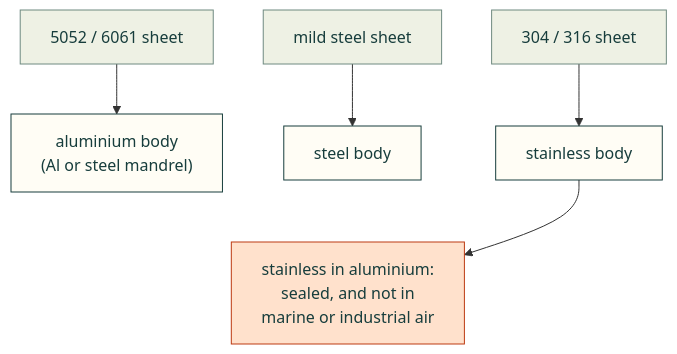
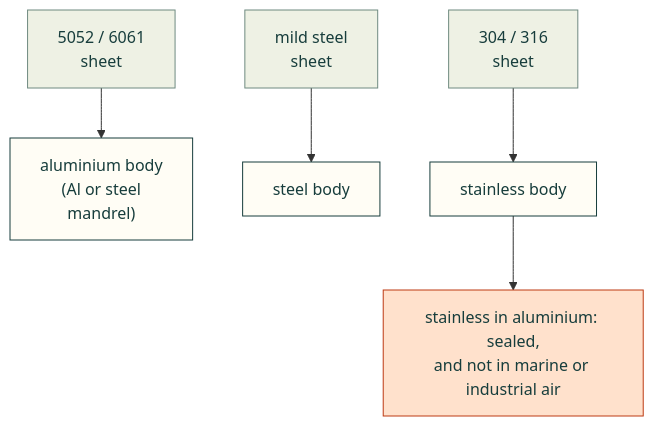
The eighth of 8 diagrams in research/sheet-metal-joining.md (Valpatel/cad-agent), drawn with Mermaid before and after one commit. The commit also changed other lines of this file and 2 other files, not shown here.

First line of the commit message:
Research pages: diagrams fit the 1100 px column; second-review fixes

````diff
--- a/research/sheet-metal-joining.md
+++ b/research/sheet-metal-joining.md
@@ -453,14 +456,13 @@
 ```mermaid
 flowchart TD
-    A["5052 / 6061 sheet"] --> AR["aluminium body<br/>(Al or steel mandrel)"]
-    S["mild steel sheet"] --> SR["steel body"]
-    X["304 / 316 sheet"] --> XR["stainless body"]
-    AR ~~~ W["stainless in aluminium:<br/>sealed, and not in<br/>marine or industrial air"]
-    XR --> W
+    A["5052 / 6061<br/>sheet"] --> AR["aluminium body<br/>(Al or steel<br/>mandrel)"]
+    S["mild steel<br/>sheet"] --> SR["steel body"]
+    X["304 / 316<br/>sheet"] --> XR["stainless body"]
+    XR --> W["stainless in aluminium: sealed,<br/>and not in marine or industrial air"]
     classDef here fill:#fffdf5,stroke:#173d3c,color:#173d3c
     classDef near fill:#eef1e4,stroke:#6f8a80,color:#173d3c
     classDef out fill:#ffe1cc,stroke:#bd3a12,color:#173d3c
     class A,S,X near
     class AR,SR,XR here
     class W out
 ```
````
